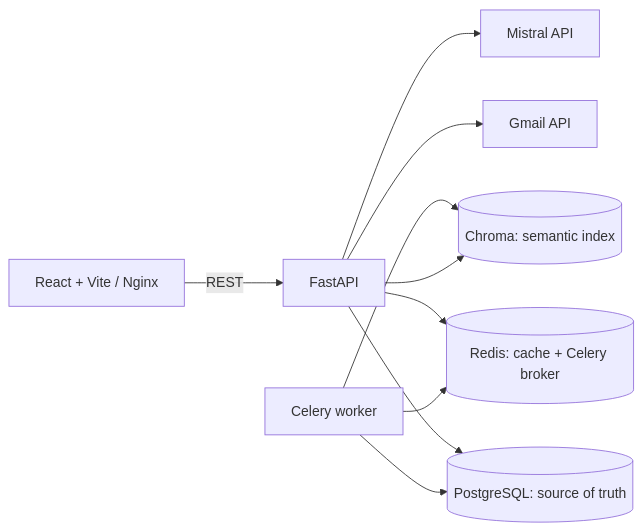
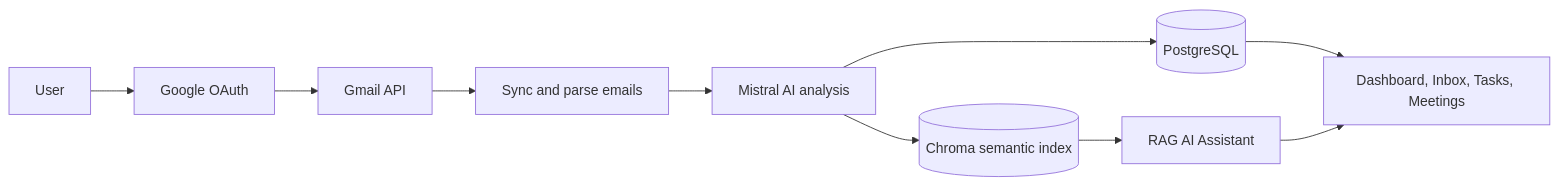
One commit to SatyamSrivastav07/InboxCopilot changed the diagram in README.md. Above: the diagram before and after it, drawn with Mermaid. The commit also changed other lines of this file, not shown here.

````diff
--- a/README.md
+++ b/README.md
@@ -16,12 +22,12 @@
 ```mermaid
 flowchart LR
-  Browser[React + Vite / Nginx] -->|REST| API[FastAPI]
-  API --> PG[(PostgreSQL: source of truth)]
-  API --> Redis[(Redis: cache + Celery broker)]
-  API --> Gmail[Gmail API]
-  API --> Mistral[Mistral API]
-  Worker[Celery worker] --> Redis
-  Worker --> PG
-  Worker --> Chroma[(Chroma: semantic index)]
-  API --> Chroma
+    U[User] --> G[Google OAuth]
+    G --> M[Gmail API]
+    M --> S[Sync and parse emails]
+    S --> A[Mistral AI analysis]
+    A --> P[(PostgreSQL)]
+    A --> C[(Chroma semantic index)]
+    P --> UI[Dashboard, Inbox, Tasks, Meetings]
+    C --> R[RAG AI Assistant]
+    R --> UI
 ```
````
